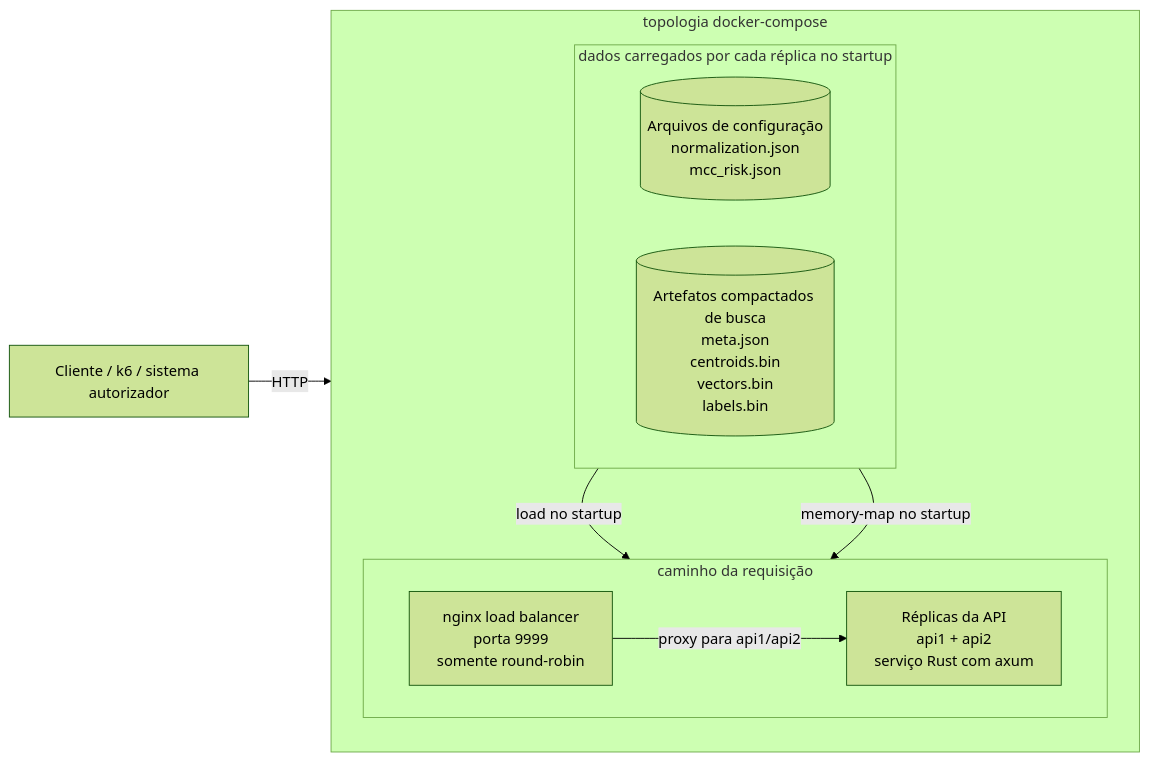
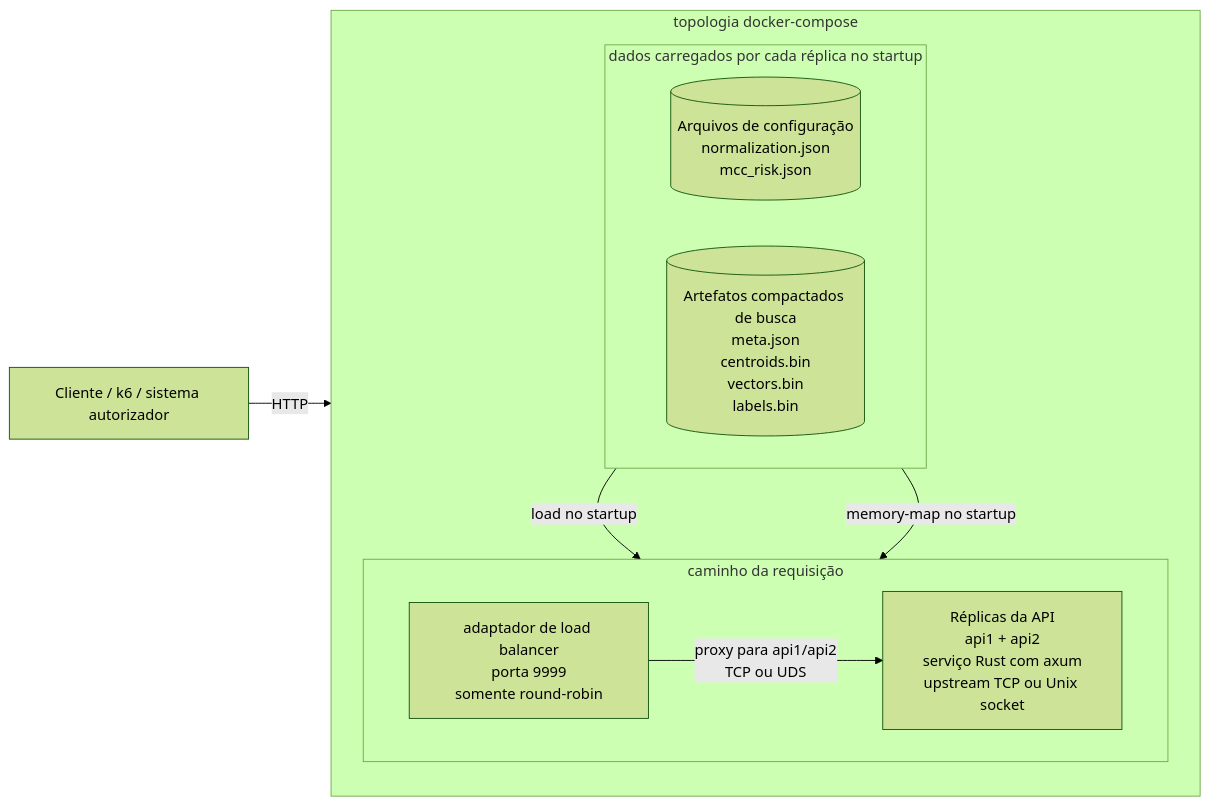
Before and after one commit to zanfranceschi/rinha-de-backend-2026: the second of 5 diagrams in docs/br/IMPLEMENTACAO_C4.md, drawn with Mermaid (forest theme). The commit also changed other lines of this file and 8 other files, not shown here.

````diff
--- a/docs/br/IMPLEMENTACAO_C4.md
+++ b/docs/br/IMPLEMENTACAO_C4.md
@@ -34,25 +36,25 @@
 ```mermaid
 flowchart LR
     client[Cliente / k6 / sistema autorizador]
 
     subgraph compose[topologia docker-compose]
         direction TB
 
         subgraph traffic[caminho da requisição]
             direction LR
-            lb[nginx load balancer<br/>porta 9999<br/>somente round-robin]
-            apis[Réplicas da API<br/>api1 + api2<br/>serviço Rust com axum]
+            lb[adaptador de load balancer<br/>porta 9999<br/>somente round-robin]
+            apis[Réplicas da API<br/>api1 + api2<br/>serviço Rust com axum<br/>upstream TCP ou Unix socket]
         end
 
         subgraph data[dados carregados por cada réplica no startup]
             direction LR
             config[(Arquivos de configuração<br/>normalization.json<br/>mcc_risk.json)]
             artifacts[(Artefatos compactados de busca<br/>meta.json<br/>centroids.bin<br/>vectors.bin<br/>labels.bin)]
         end
     end
 
     client -->|HTTP| lb
-    lb -->|proxy para api1/api2| apis
+    lb -->|proxy para api1/api2<br/>TCP ou UDS| apis
     config -->|load no startup| apis
     artifacts -->|memory-map no startup| apis
 ```
````
